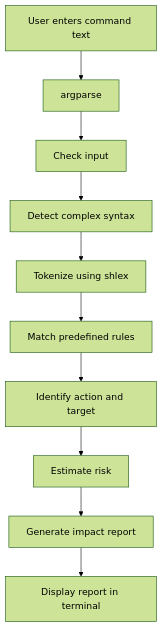
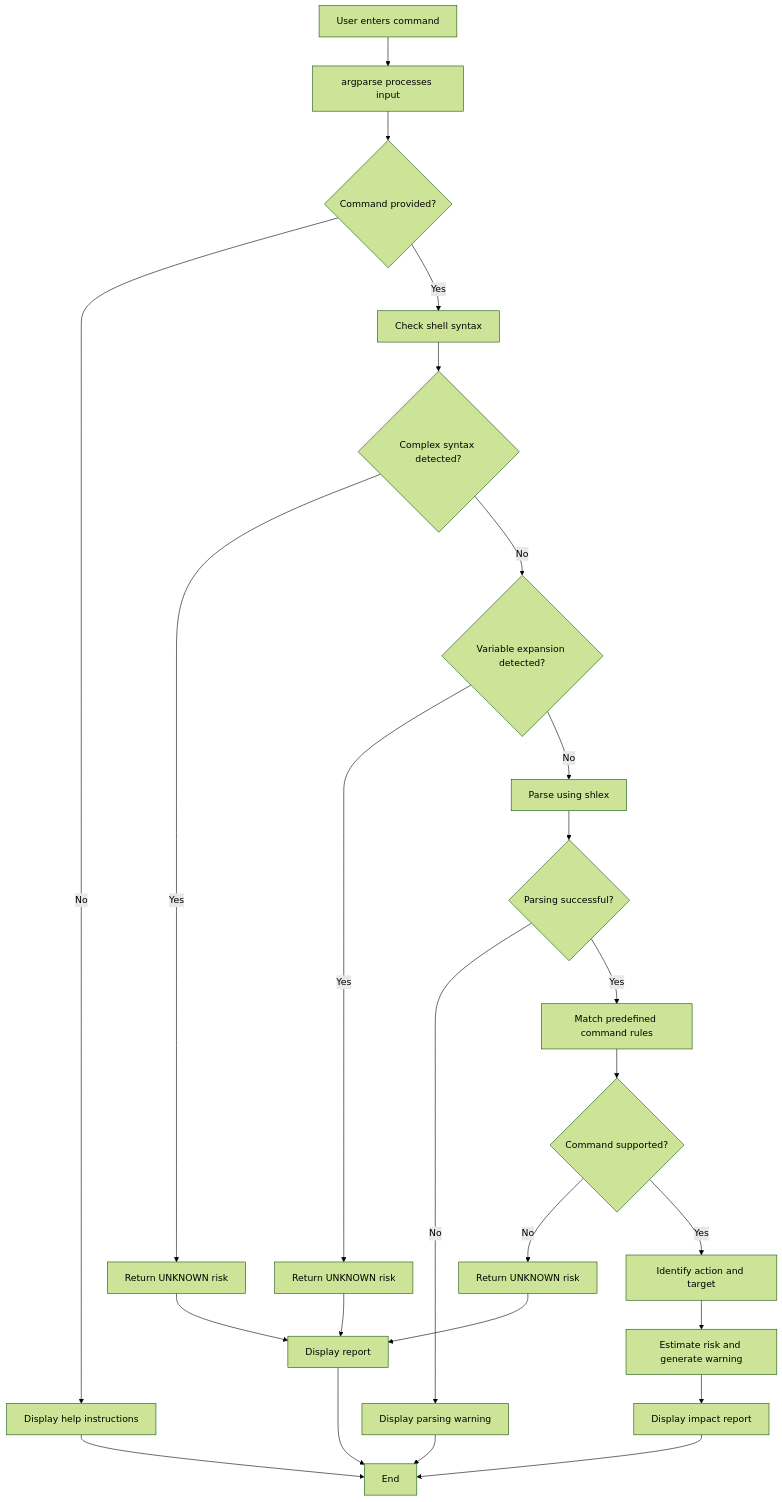
Before and after one commit to Ompro24/LInux-Command-Assignment: the diagram in README.md, drawn with Mermaid (forest theme). The commit also changed other lines of this file, not shown here.

First line of the commit message:
Enhance README with tools and architecture flowchart

````diff
--- a/README.md
+++ b/README.md
@@ -221,12 +231,35 @@
 ```mermaid
 flowchart TD
-    A[User enters command text] --> B[argparse]
-    B --> C[Check input]
-    C --> D[Detect complex syntax]
-    D --> E[Tokenize using shlex]
-    E --> F[Match predefined rules]
-    F --> G[Identify action and target]
-    G --> H[Estimate risk]
-    H --> I[Generate impact report]
-    I --> J[Display report in terminal]
+    A[User enters command] --> B[argparse processes input]
+    B --> C{Command provided?}
+
+    C -->|No| D[Display help instructions]
+    C -->|Yes| E[Check shell syntax]
+
+    E --> F{Complex syntax detected?}
+    F -->|Yes| G[Return UNKNOWN risk]
+    F -->|No| H{Variable expansion detected?}
+
+    H -->|Yes| I[Return UNKNOWN risk]
+    H -->|No| J[Parse using shlex]
+
+    J --> K{Parsing successful?}
+    K -->|No| L[Display parsing warning]
+    K -->|Yes| M[Match predefined command rules]
+
+    M --> N{Command supported?}
+    N -->|No| O[Return UNKNOWN risk]
+    N -->|Yes| P[Identify action and target]
+
+    P --> Q[Estimate risk and generate warning]
+    Q --> R[Display impact report]
+
+    G --> S[Display report]
+    I --> S
+    O --> S
+
+    S --> T[End]
+    D --> T
+    L --> T
+    R --> T
 ```
````
